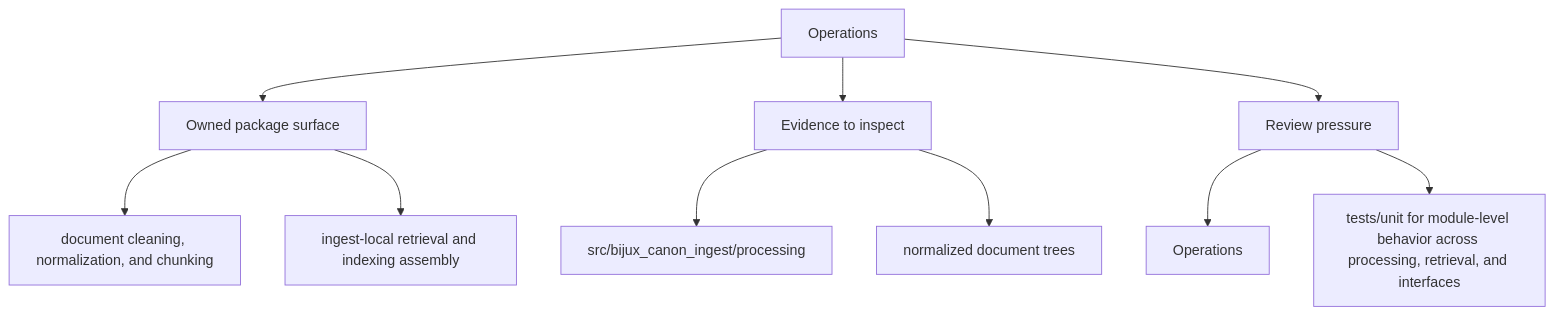
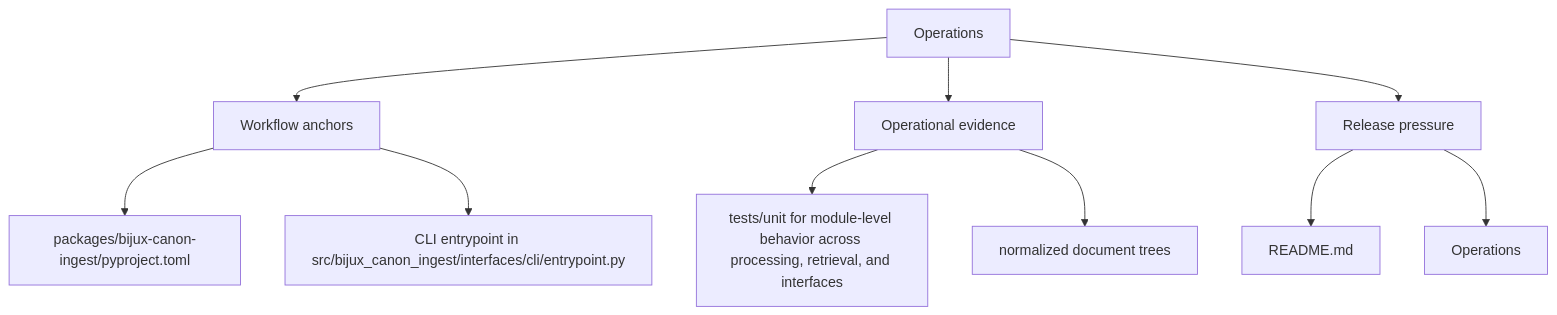
The second of 2 diagrams in docs/bijux-canon-ingest/operations/index.md (bijux/bijux-canon), drawn with Mermaid before and after one commit. The commit also changed other lines of this file and 250 other files, not shown here.

Commit message:
docs(diagrams): make product page maps more readable

````diff
--- a/docs/bijux-canon-ingest/operations/index.md
+++ b/docs/bijux-canon-ingest/operations/index.md
@@ -32,22 +32,22 @@
 ```mermaid
 flowchart TD
     page["Operations"]
-    focus1["Owned package surface"]
+    focus1["Workflow anchors"]
     page --> focus1
-    focus1_1["document cleaning, normalization, and chunking"]
+    focus1_1["packages/bijux-canon-ingest/pyproject.toml"]
     focus1 --> focus1_1
-    focus1_2["ingest-local retrieval and indexing assembly"]
+    focus1_2["CLI entrypoint in src/bijux_canon_ingest/interfaces/cli/entrypoint.py"]
     focus1 --> focus1_2
-    focus2["Evidence to inspect"]
+    focus2["Operational evidence"]
     page --> focus2
-    focus2_1["src/bijux_canon_ingest/processing"]
+    focus2_1["tests/unit for module-level behavior across processing, retrieval, and interfaces"]
     focus2 --> focus2_1
     focus2_2["normalized document trees"]
     focus2 --> focus2_2
-    focus3["Review pressure"]
+    focus3["Release pressure"]
     page --> focus3
-    focus3_1["Operations"]
+    focus3_1["README.md"]
     focus3 --> focus3_1
-    focus3_2["tests/unit for module-level behavior across processing, retrieval, and interfaces"]
+    focus3_2["Operations"]
     focus3 --> focus3_2
 ```
````
